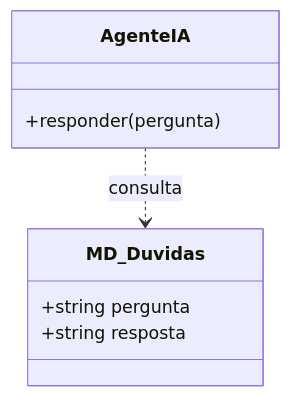
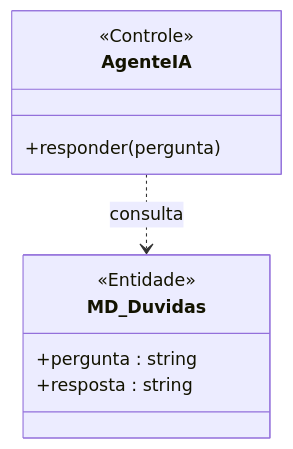
One commit to MayconDIS/PIM_III-Documentacao_UML changed the first of 2 diagrams in PIM_III/02_Modelagem_UML_Astah/UC08_Consultar_Agente_IA/README.md. Above: the diagram before and after it, drawn with Mermaid. The commit also changed other lines of this file and 17 other files, not shown here.

````diff
--- a/PIM_III/02_Modelagem_UML_Astah/UC08_Consultar_Agente_IA/README.md
+++ b/PIM_III/02_Modelagem_UML_Astah/UC08_Consultar_Agente_IA/README.md
@@ -31,11 +29,13 @@
 ```mermaid
 classDiagram
     class AgenteIA {
+        <<Controle>>
         +responder(pergunta)
     }
     class MD_Duvidas {
-        +string pergunta
-        +string resposta
+        <<Entidade>>
+        +pergunta : string
+        +resposta : string
     }
     AgenteIA ..> MD_Duvidas : consulta
 ```
````
